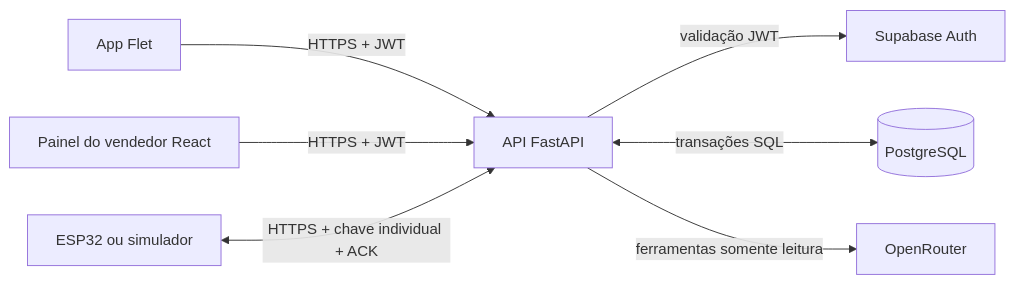
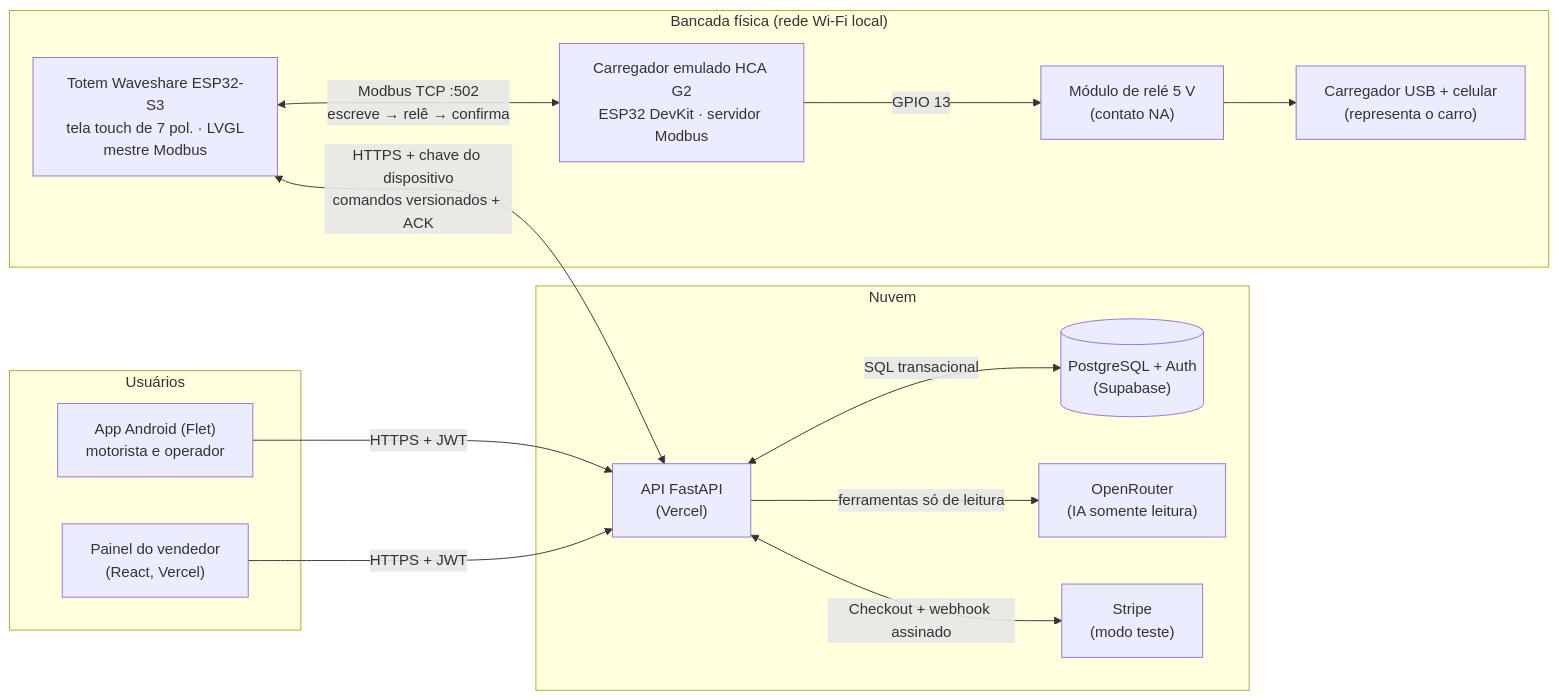
Before and after one commit to DJLIMA1/FIAP-ChargeGridApp-GS1-2026: the first of 3 diagrams in README.md, drawn with Mermaid. The commit also changed other lines of this file and 7 other files, not shown here.

````diff
--- a/README.md
+++ b/README.md
@@ -81,9 +53,27 @@
 ```mermaid
 flowchart LR
-    App[App Flet] -->|HTTPS + JWT| API[API FastAPI]
-    Dash[Painel do vendedor React] -->|HTTPS + JWT| API
-    ESP[ESP32 ou simulador] <-->|HTTPS + chave individual + ACK| API
-    API -->|validação JWT| Auth[Supabase Auth]
-    API <-->|transações SQL| DB[(PostgreSQL)]
-    API -->|ferramentas somente leitura| LLM[OpenRouter]
+    subgraph Nuvem
+        API["API FastAPI<br/>(Vercel)"]
+        DB[("PostgreSQL + Auth<br/>(Supabase)")]
+        LLM["OpenRouter<br/>(IA somente leitura)"]
+        PAY["Stripe<br/>(modo teste)"]
+    end
+    subgraph Usuários
+        APP["App Android (Flet)<br/>motorista e operador"]
+        WEB["Painel do vendedor<br/>(React, Vercel)"]
+    end
+    subgraph Bancada["Bancada física (rede Wi-Fi local)"]
+        TOTEM["Totem Waveshare ESP32-S3<br/>tela touch de 7 pol. · LVGL<br/>mestre Modbus"]
+        HCA["Carregador emulado HCA G2<br/>ESP32 DevKit · servidor Modbus"]
+        RELE["Módulo de relé 5 V<br/>(contato NA)"]
+        CEL["Carregador USB + celular<br/>(representa o carro)"]
+    end
+    APP -->|HTTPS + JWT| API
+    WEB -->|HTTPS + JWT| API
+    TOTEM <-->|"HTTPS + chave do dispositivo<br/>comandos versionados + ACK"| API
+    TOTEM <-->|"Modbus TCP :502<br/>escreve → relê → confirma"| HCA
+    HCA -->|GPIO 13| RELE --> CEL
+    API <-->|SQL transacional| DB
+    API -->|ferramentas só de leitura| LLM
+    API <-->|Checkout + webhook assinado| PAY
 ```
````
